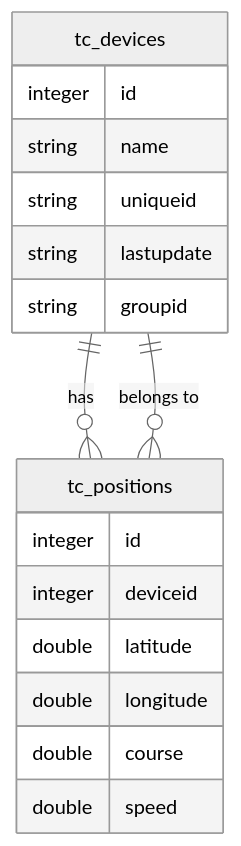
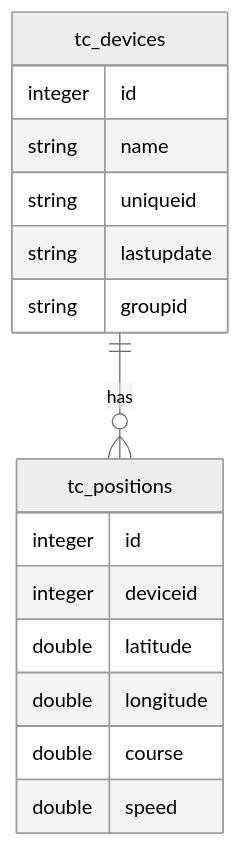
One commit to kihiukiragu/helpers changed the diagram in linux/database/README.md. Above: the diagram before and after it, drawn with Mermaid (neutral theme). The commit also changed other lines of this file, not shown here.

````diff
--- a/linux/database/README.md
+++ b/linux/database/README.md
@@ -98,22 +94,21 @@
 ```mermaid
 erDiagram
     tc_devices ||--o{ tc_positions : "has"
-    tc_positions }o--|| tc_devices : "belongs to"
 
     tc_devices {
         integer id
         string name
         string uniqueid
         string lastupdate
         string groupid
     }
 
     tc_positions {
         integer id
         integer deviceid
         double latitude
         double longitude
         double course
         double speed
     }
 ```
````
